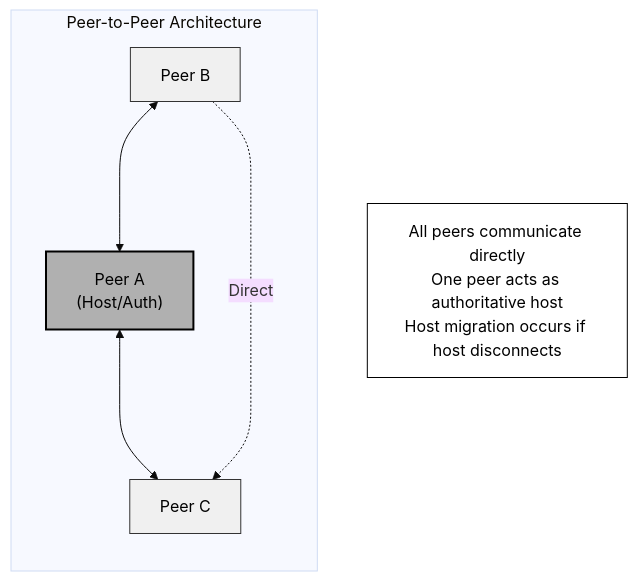
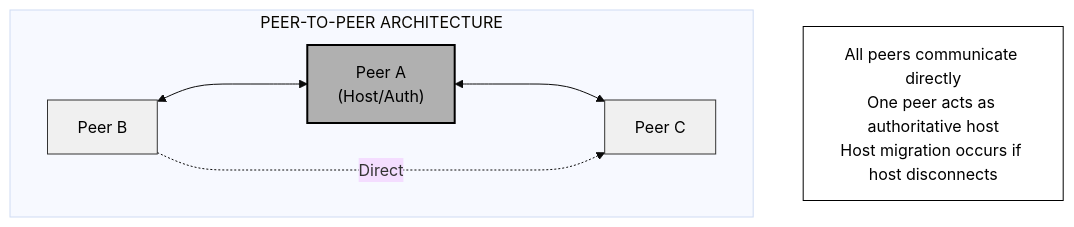
The third of 7 diagrams in chapter_15_multiplayer.md (jukofyork/close-combat-architecture-study), drawn with Mermaid (base theme) before and after one commit. The commit also changed other lines of this file and 8 other files, not shown here.

````diff
--- a/chapter_15_multiplayer.md
+++ b/chapter_15_multiplayer.md
@@ -474,24 +472,23 @@
 ```mermaid
 flowchart TB
     classDef default fill:#fff,stroke:#000,stroke-width:1px,color:#000
     classDef light fill:#f0f0f0,stroke:#333,stroke-width:1px,color:#000
     classDef medium fill:#d0d0d0,stroke:#333,stroke-width:1px,color:#000
     classDef dark fill:#b0b0b0,stroke:#000,stroke-width:2px,color:#000
 
-    subgraph P2P["Peer-to-Peer Architecture"]
-        direction TB
+    subgraph P2P["PEER-TO-PEER ARCHITECTURE"]
 
         PeerA["Peer A\n(Host/Auth)"]
         PeerB["Peer B"]
         PeerC["Peer C"]
 
         PeerB <---> PeerA
         PeerA <---> PeerC
         PeerB -.->|"Direct"| PeerC
     end
 
     Note["All peers communicate directly\nOne peer acts as authoritative host\nHost migration occurs if host disconnects"]
 
     class PeerA dark
     class PeerB,PeerC light
 ```
````
